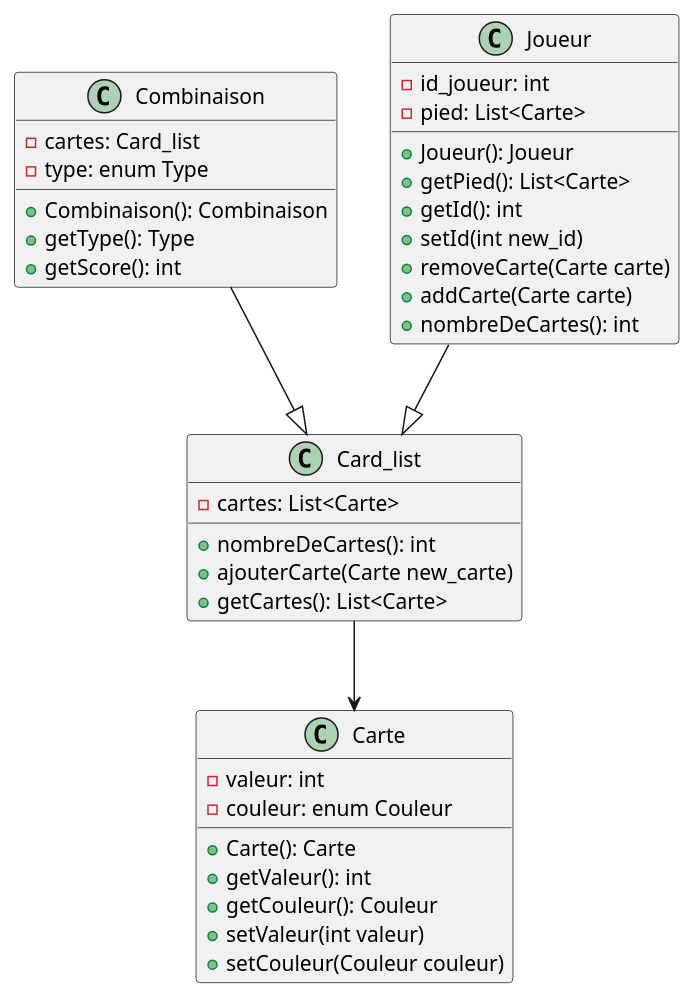
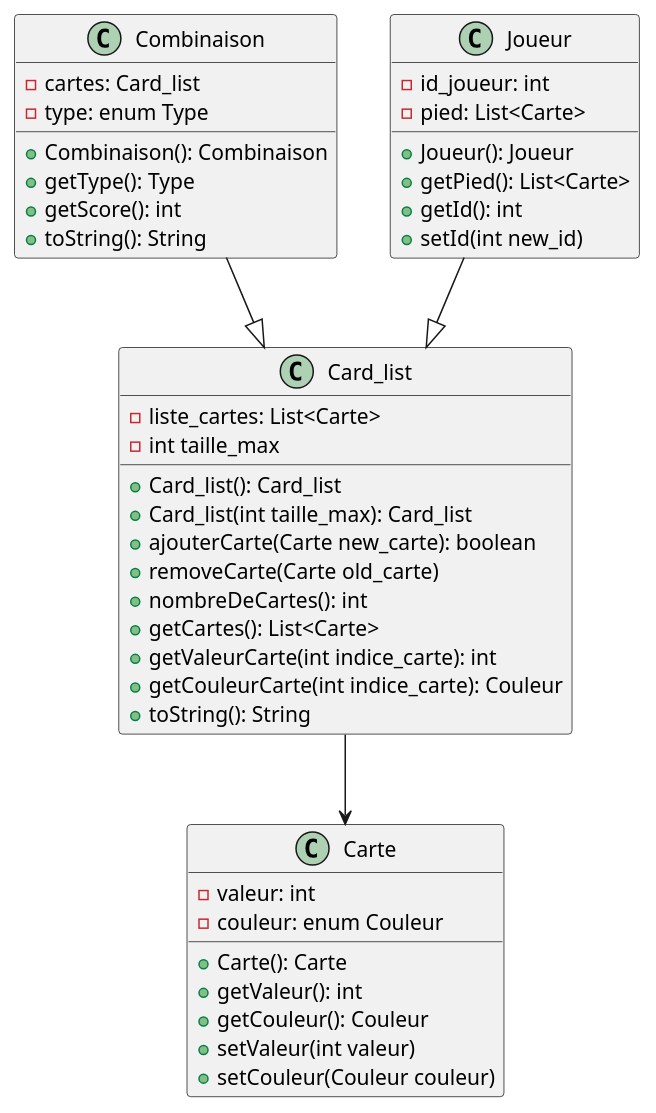
One commit to Pagatok/pg220 changed the diagram in src/diagrams/model.puml. Above: the diagram before and after it, drawn with PlantUML. The commit also changed 5 other files, not shown here.

```diff
--- a/src/diagrams/model.puml
+++ b/src/diagrams/model.puml
@@ -1,45 +1,52 @@
 @startuml model
 
 class Carte{
     - valeur: int
     - couleur: enum Couleur
     + Carte(): Carte
     + getValeur(): int
     + getCouleur(): Couleur
     + setValeur(int valeur)
     + setCouleur(Couleur couleur)
 }
 
 class Combinaison{
     - cartes: Card_list
     - type: enum Type
     + Combinaison(): Combinaison 
     + getType(): Type 
     + getScore(): int 
+    + toString(): String
 }
 
 class Joueur{
     - id_joueur: int
     - pied: List<Carte>
     + Joueur(): Joueur
     + getPied(): List<Carte>
     + getId(): int
     + setId(int new_id)
-    + removeCarte(Carte carte)
-    + addCarte(Carte carte)
-    + nombreDeCartes(): int
 }
 
 class Card_list{
-    - cartes: List<Carte>
+    - liste_cartes: List<Carte>
+    - int taille_max
+    + Card_list(): Card_list
+    + Card_list(int taille_max): Card_list
+    + ajouterCarte(Carte new_carte): boolean
+    + removeCarte(Carte old_carte)
     + nombreDeCartes(): int 
-    + ajouterCarte(Carte new_carte) 
     + getCartes(): List<Carte> 
+    + getValeurCarte(int indice_carte): int
+    + getCouleurCarte(int indice_carte): Couleur
+    + toString(): String
+ 
+    
 }
 
 Combinaison --|> Card_list
 Joueur --|> Card_list
 Card_list --> Carte
 
 
 @enduml
```
